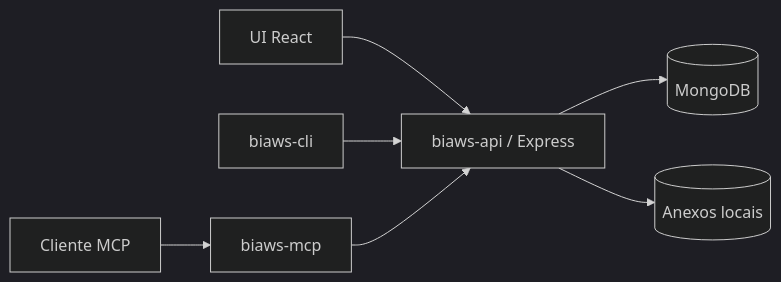
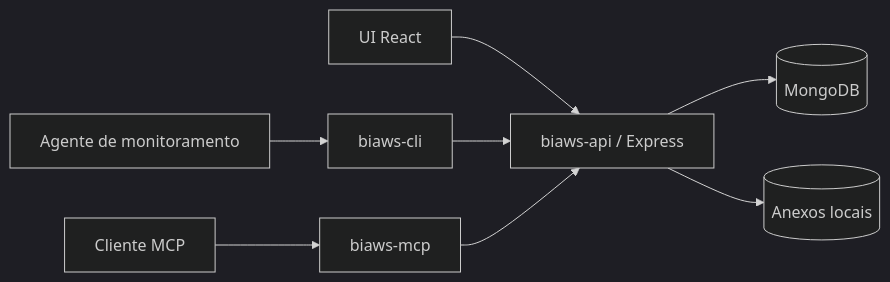
The diagram in README.md (fbondia/biaws), drawn with Mermaid (dark theme) before and after one commit. The commit also changed other lines of this file and 29 other files, not shown here.

````diff
--- a/README.md
+++ b/README.md
@@ -47,9 +48,10 @@
 ```mermaid
 flowchart LR
     Browser[UI React] --> API[biaws-api / Express]
     Agent[Cliente MCP] --> MCP[biaws-mcp]
+    Monitor[Agente de monitoramento] --> CLI
     CLI[biaws-cli] --> API
     MCP --> API
     API --> Mongo[(MongoDB)]
     API --> Files[(Anexos locais)]
 ```
````
